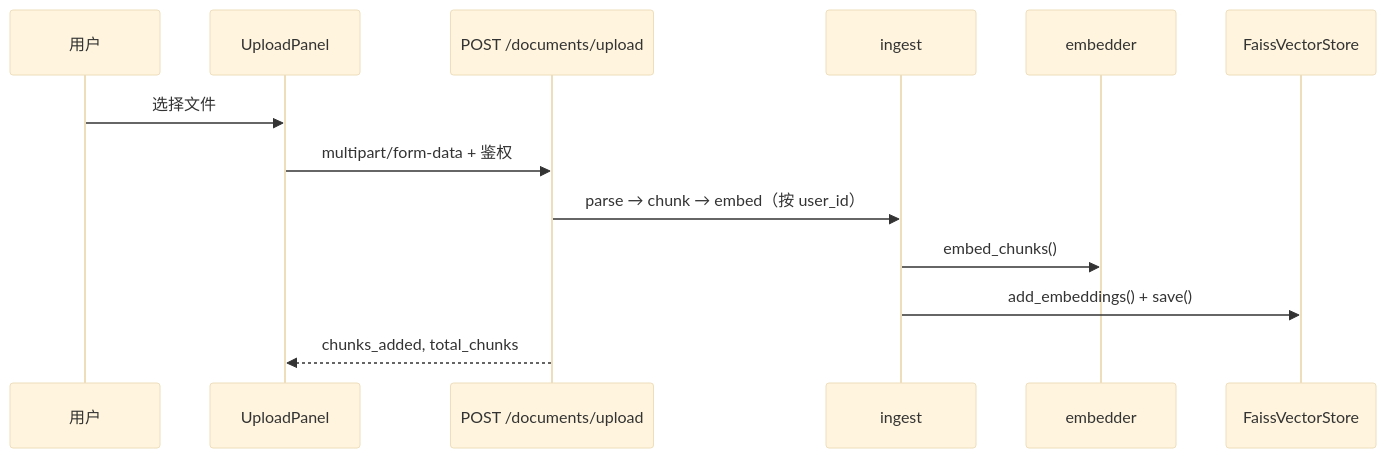
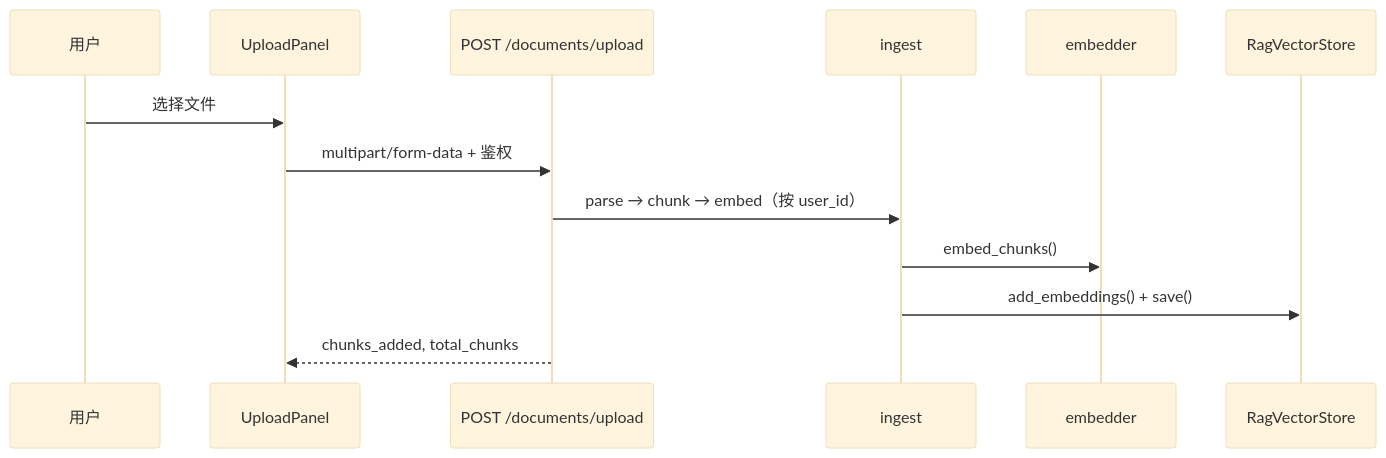
One commit to fff2817/agent changed the second of 2 diagrams in docs/architecture.md. Above: the diagram before and after it, drawn with Mermaid (base theme). The commit also changed other lines of this file and 34 other files, not shown here.

````diff
--- a/docs/architecture.md
+++ b/docs/architecture.md
@@ -208,16 +208,16 @@
 ```mermaid
 sequenceDiagram
     participant U as 用户
     participant FE as UploadPanel
     participant API as POST /documents/upload
     participant ING as ingest
     participant EMB as embedder
-    participant VS as FaissVectorStore
+    participant VS as RagVectorStore
 
     U->>FE: 选择文件
     FE->>API: multipart/form-data + 鉴权
     API->>ING: parse → chunk → embed（按 user_id）
     ING->>EMB: embed_chunks()
     ING->>VS: add_embeddings() + save()
     API-->>FE: chunks_added, total_chunks
 ```
````
